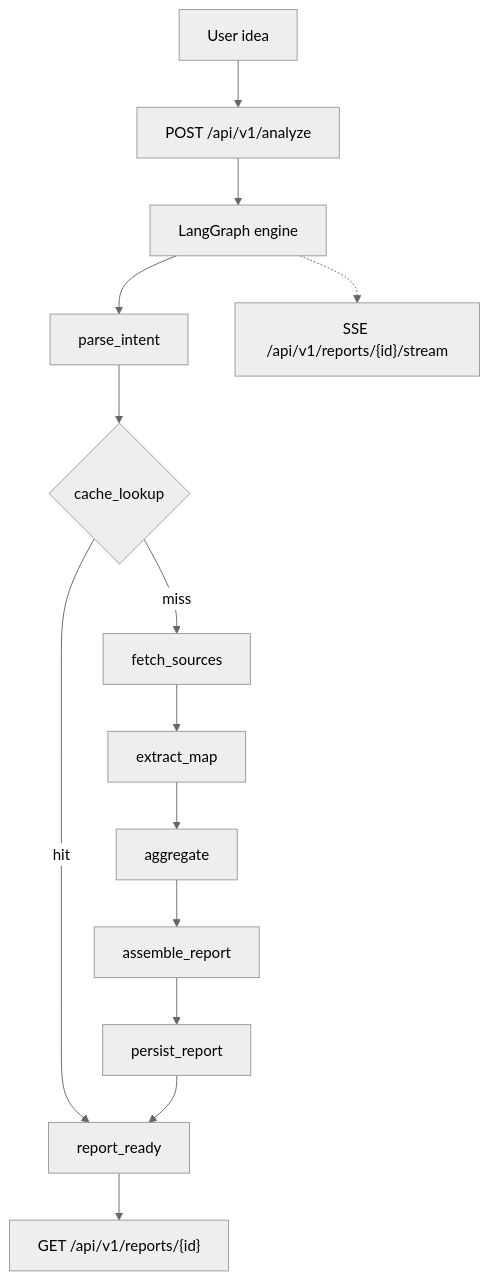
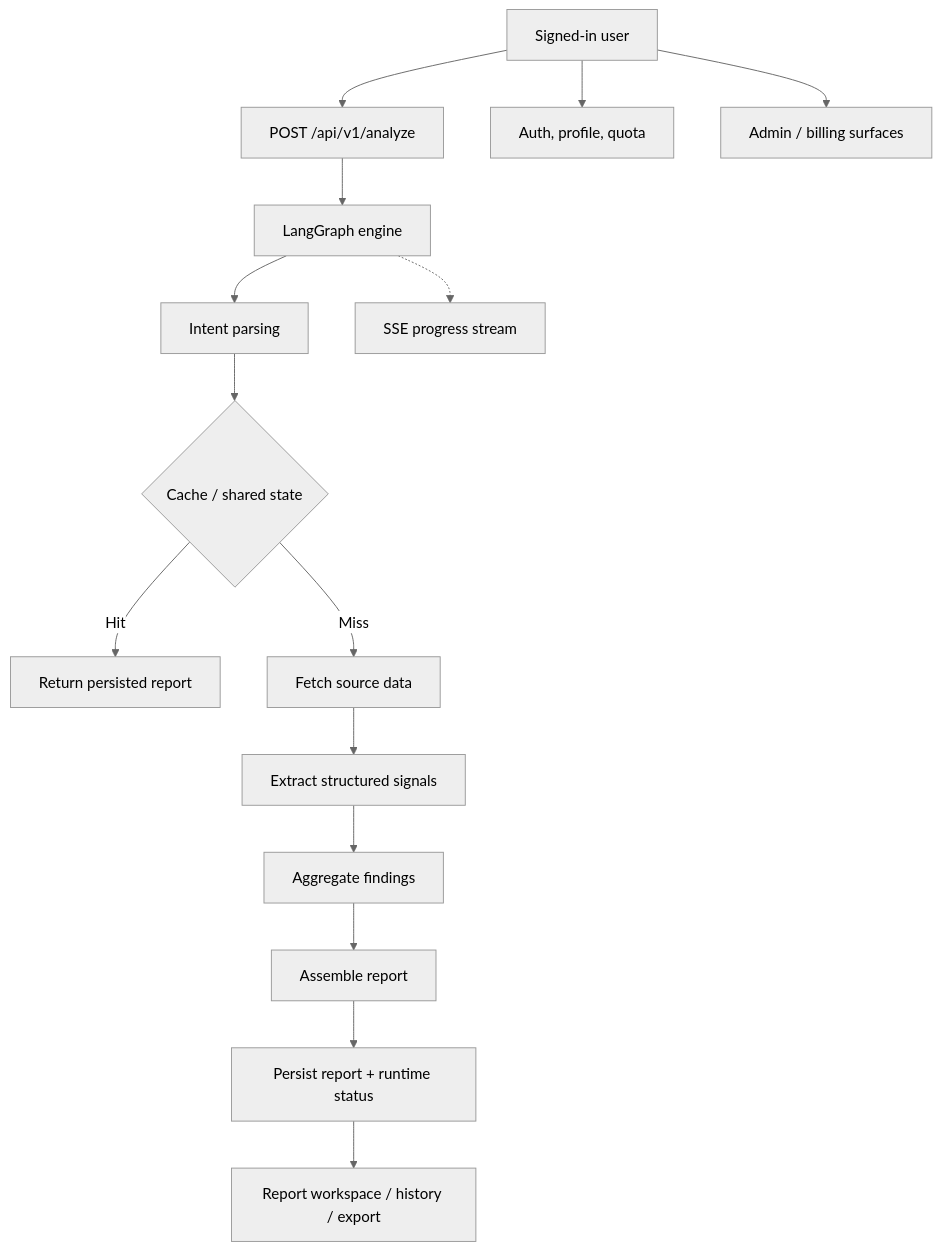
One commit to Tendo33/IdeaGo changed the diagram in README.md. Above: the diagram before and after it, drawn with Mermaid (neutral theme). The commit also changed other lines of this file and 21 other files, not shown here.

````diff
--- a/README.md
+++ b/README.md
@@ -159,16 +195,17 @@
 ```mermaid
 flowchart TD
-    A["User idea"] --> B["POST /api/v1/analyze"]
+    A["Signed-in user"] --> B["POST /api/v1/analyze"]
     B --> C["LangGraph engine"]
-    C --> D["parse_intent"]
-    D --> E{"cache_lookup"}
-    E -->|hit| F["report_ready"]
-    E -->|miss| G["fetch_sources"]
-    G --> H["extract_map"]
-    H --> I["aggregate"]
-    I --> J["assemble_report"]
-    J --> K["persist_report"]
-    K --> F
-    F --> L["GET /api/v1/reports/{id}"]
-    C -.-> M["SSE /api/v1/reports/{id}/stream"]
+    C --> D["Intent parsing"]
+    D --> E{"Cache / shared state"}
+    E -->|Hit| F["Return persisted report"]
+    E -->|Miss| G["Fetch source data"]
+    G --> H["Extract structured signals"]
+    H --> I["Aggregate findings"]
+    I --> J["Assemble report"]
+    J --> K["Persist report + runtime status"]
+    K --> L["Report workspace / history / export"]
+    A --> M["Auth, profile, quota"]
+    A --> N["Admin / billing surfaces"]
+    C -.-> O["SSE progress stream"]
 ```
````
